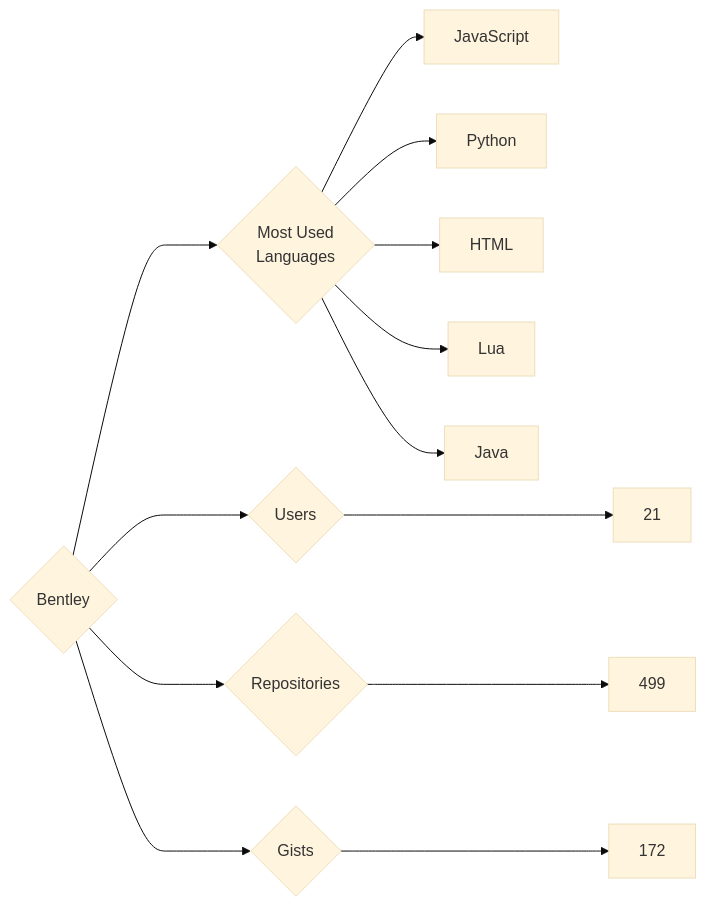
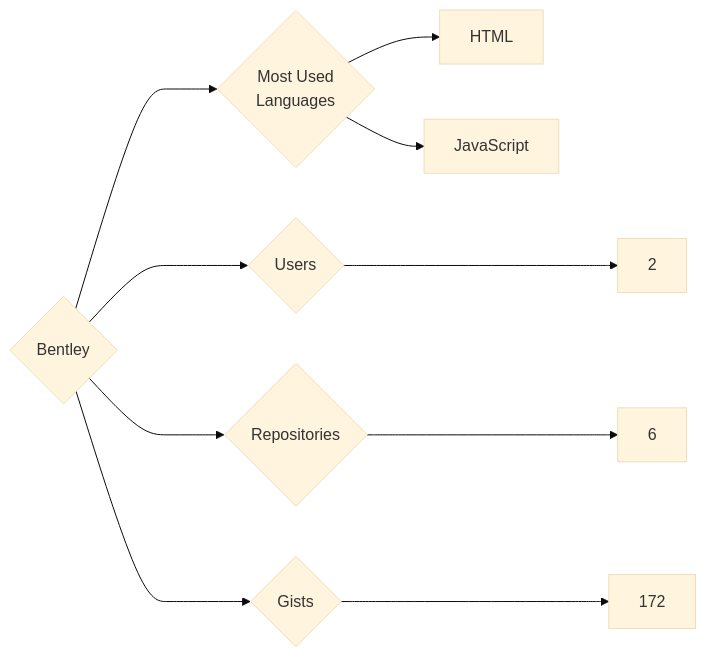
One commit to trickest/insiders changed the diagram in targets/Bentley/README.md. Above: the diagram before and after it, drawn with Mermaid (base theme). The commit also changed 622 other files, not shown here.

````diff
--- a/targets/Bentley/README.md
+++ b/targets/Bentley/README.md
@@ -3,13 +3,10 @@
 ```mermaid
 graph LR
 COMPANY_NAME{Bentley}
-COMPANY_NAME ---> U{Users} ---> UN[21]
-COMPANY_NAME ---> R{Repositories} ---> RN[499]
+COMPANY_NAME ---> U{Users} ---> UN[2]
+COMPANY_NAME ---> R{Repositories} ---> RN[6]
 COMPANY_NAME ---> G{Gists} ---> GN[172]
 COMPANY_NAME ---> ML{Most Used<br>Languages}
+ML --> HTML[HTML]
 ML --> JavaScript[JavaScript]
-ML --> Python[Python]
-ML --> HTML[HTML]
-ML --> Lua[Lua]
-ML --> Java[Java]
 ```
````
